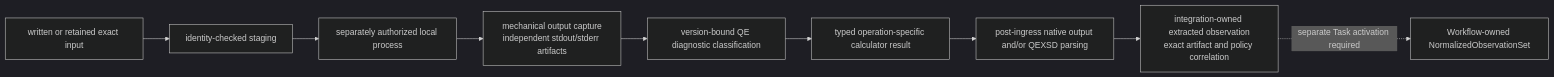
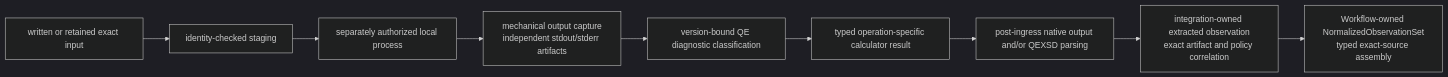
The second of 2 diagrams in docs/architecture/v2/ksdft2effmass/integration/quantum_espresso/index.md (eragasa/ksdft2effmass), drawn with Mermaid (dark theme) before and after one commit. The commit also changed other lines of this file and 21 other files, not shown here.

Commit message:
feat: add normalized observation assembly

````diff
--- a/docs/architecture/v2/ksdft2effmass/integration/quantum_espresso/index.md
+++ b/docs/architecture/v2/ksdft2effmass/integration/quantum_espresso/index.md
@@ -83,11 +84,11 @@
 ```mermaid
 flowchart LR
     written["written or retained exact input"] --> stage["identity-checked staging"]
     stage --> process["separately authorized local process"]
     process --> capture["mechanical output capture<br/>independent stdout/stderr artifacts"]
     capture --> diagnostics["version-bound QE diagnostic classification"]
     diagnostics --> result["typed operation-specific calculator result"]
     result --> native["post-ingress native output and/or QEXSD parsing"]
     native --> adapt["integration-owned extracted observation<br/>exact artifact and policy correlation"]
-    adapt -. "separate Task activation required" .-> normalized["Workflow-owned NormalizedObservationSet"]
+    adapt --> normalized["Workflow-owned NormalizedObservationSet<br/>typed exact-source assembly"]
 ```
````
